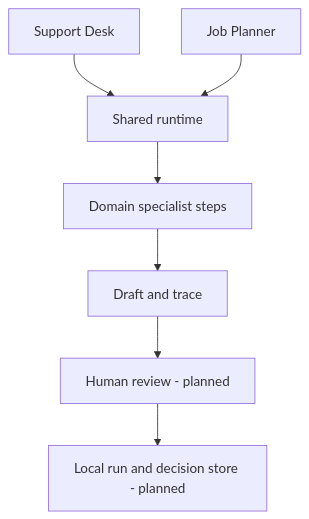
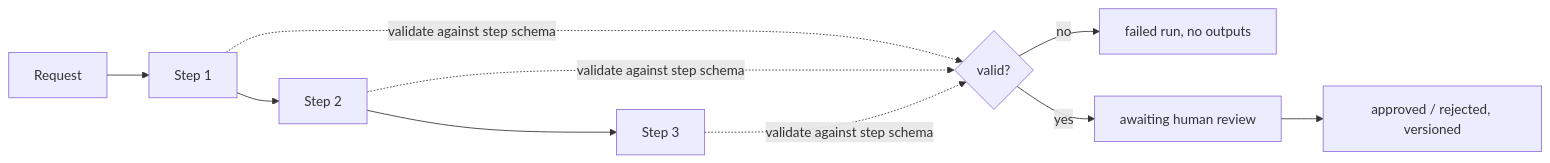
One commit to Tolgahanozkan6/skeleton-crew-ai changed the diagram in docs/architecture.md. Above: the diagram before and after it, drawn with Mermaid. The commit also changed other lines of this file and 55 other files, not shown here.

````diff
--- a/docs/architecture.md
+++ b/docs/architecture.md
@@ -11,9 +18,8 @@
 ```mermaid
-flowchart TD
-  S[Support Desk] --> C[Shared runtime]
-  J[Job Planner] --> C
-  C --> P[Domain specialist steps]
-  P --> D[Draft and trace]
-  D --> H[Human review - planned]
-  H --> R[Local run and decision store - planned]
+flowchart LR
+  R[Request] --> S1[Step 1] --> S2[Step 2] --> S3[Step 3]
+  S1 & S2 & S3 -. validate against step schema .-> V{valid?}
+  V -- no --> F[failed run, no outputs]
+  V -- yes --> H[awaiting human review]
+  H --> A[approved / rejected, versioned]
 ```
````
